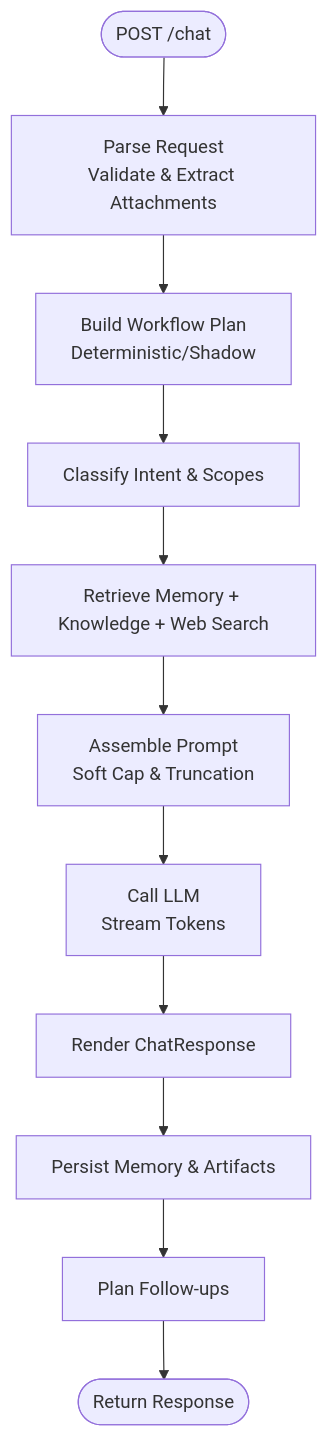
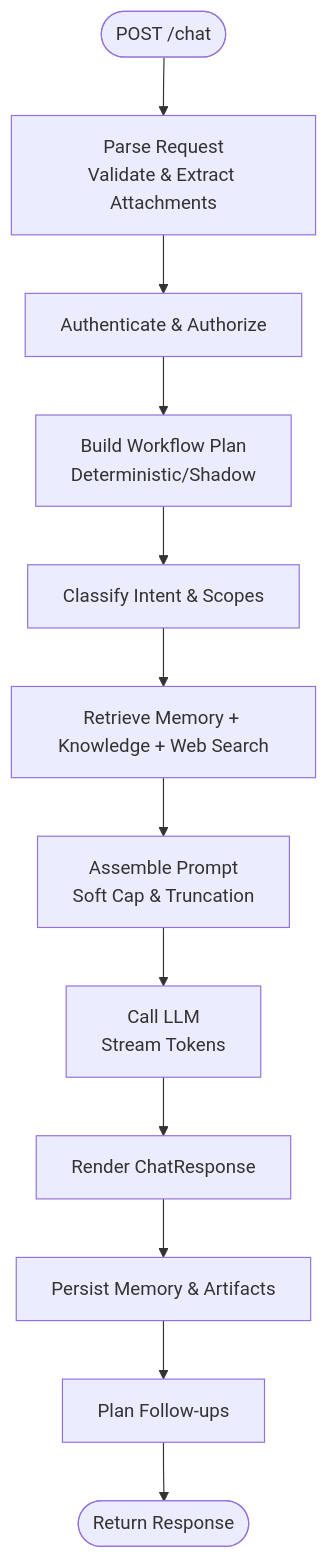
Before and after one commit to intellistream/sage-mate: the seventh of 12 diagrams in .qoder/repowiki/en/content/Project Overview/Project Overview.md, drawn with Mermaid. The commit also changed other lines of this file and 101 other files, not shown here.

````diff
--- a/.qoder/repowiki/en/content/Project Overview/Project Overview.md
+++ b/.qoder/repowiki/en/content/Project Overview/Project Overview.md
@@ -331,13 +540,14 @@
 ```mermaid
 flowchart TD
 Start(["POST /chat"]) --> Parse["Parse Request<br/>Validate & Extract Attachments"]
-Parse --> Plan["Build Workflow Plan<br/>Deterministic/Shadow"]
+Parse --> Auth["Authenticate & Authorize"]
+Auth --> Plan["Build Workflow Plan<br/>Deterministic/Shadow"]
 Plan --> Intent["Classify Intent & Scopes"]
 Intent --> Retrieve["Retrieve Memory + Knowledge + Web Search"]
 Retrieve --> Prompt["Assemble Prompt<br/>Soft Cap & Truncation"]
 Prompt --> LLM["Call LLM<br/>Stream Tokens"]
 LLM --> Render["Render ChatResponse"]
 Render --> Persist["Persist Memory & Artifacts"]
 Persist --> FollowUp["Plan Follow-ups"]
 FollowUp --> Done(["Return Response"])
 ```
````
